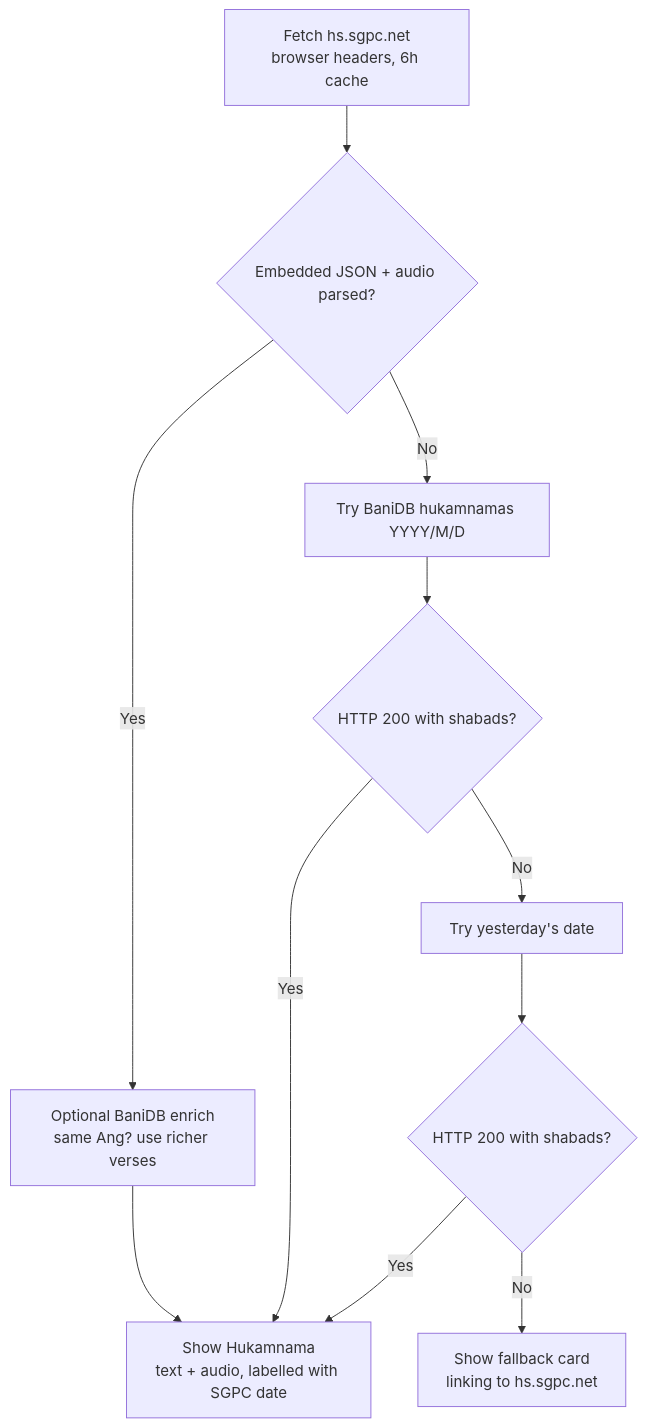
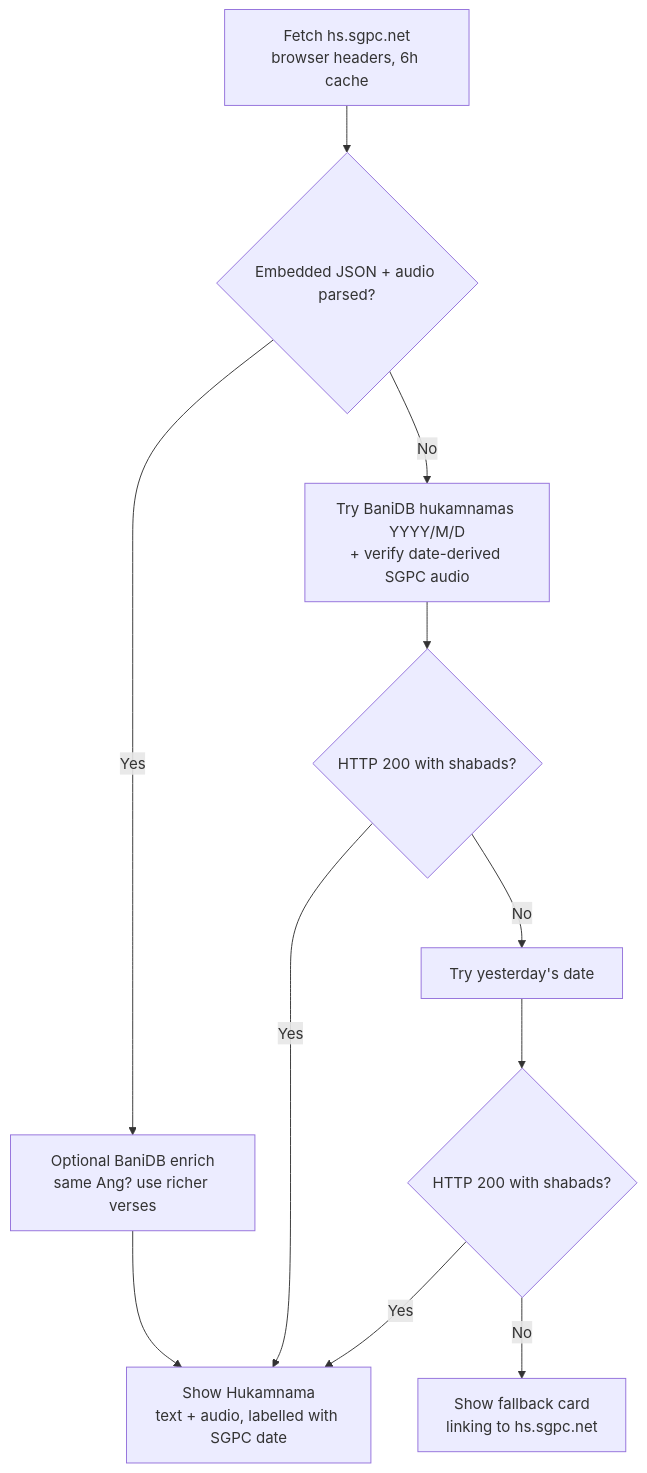
Before and after one commit to mithun-srinivasan/sggs: the third of 5 diagrams in README.md, drawn with Mermaid. The commit also changed other lines of this file and 1 other file, not shown here.

Commit message:
Hukamnama audio: date-derived fallback so players survive SGPC outages

````diff
--- a/README.md
+++ b/README.md
@@ -87,13 +91,13 @@
 ```mermaid
 flowchart TD
     SGPC["Fetch hs.sgpc.net<br/>browser headers, 6h cache"] --> PARSE{"Embedded JSON + audio parsed?"}
     PARSE -- Yes --> ENRICH["Optional BaniDB enrich<br/>same Ang? use richer verses"]
     ENRICH --> SHOW["Show Hukamnama<br/>text + audio, labelled with SGPC date"]
-    PARSE -- No --> TRY["Try BaniDB hukamnamas YYYY/M/D"]
+    PARSE -- No --> TRY["Try BaniDB hukamnamas YYYY/M/D<br/>+ verify date-derived SGPC audio"]
     TRY --> OK{"HTTP 200 with shabads?"}
     OK -- Yes --> SHOW
     OK -- No --> YEST["Try yesterday's date"]
     YEST --> OK2{"HTTP 200 with shabads?"}
     OK2 -- Yes --> SHOW
     OK2 -- No --> FALLBACK["Show fallback card<br/>linking to hs.sgpc.net"]
 ```
````
